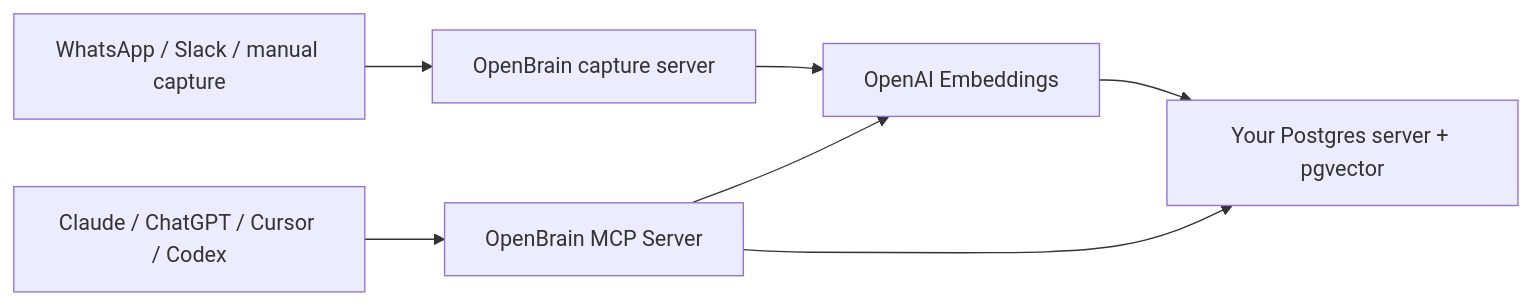
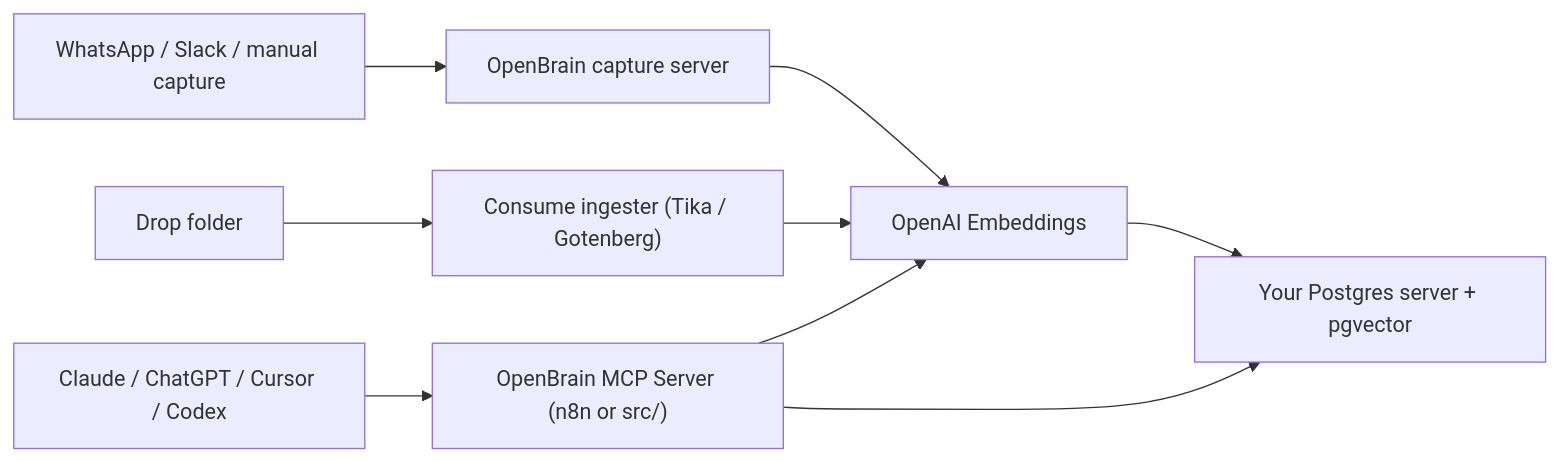
Before and after one commit to sbartley1911/owt-home-lab: the diagram in openbrain/README.md, drawn with Mermaid. The commit also changed other lines of this file and 35 other files, not shown here.

````diff
--- a/openbrain/README.md
+++ b/openbrain/README.md
@@ -35,9 +52,11 @@
 ```mermaid
 flowchart LR
   CaptureSource["WhatsApp / Slack / manual capture"] --> Capture["OpenBrain capture server"]
+  Drop["Drop folder"] --> Ingester["Consume ingester (Tika / Gotenberg)"]
   Capture --> OpenAI["OpenAI Embeddings"]
+  Ingester --> OpenAI
   OpenAI --> Postgres["Your Postgres server + pgvector"]
-  MCP["OpenBrain MCP Server"] --> OpenAI
+  MCP["OpenBrain MCP Server (n8n or src/)"] --> OpenAI
   MCP --> Postgres
   AI["Claude / ChatGPT / Cursor / Codex"] --> MCP
 ```
````
